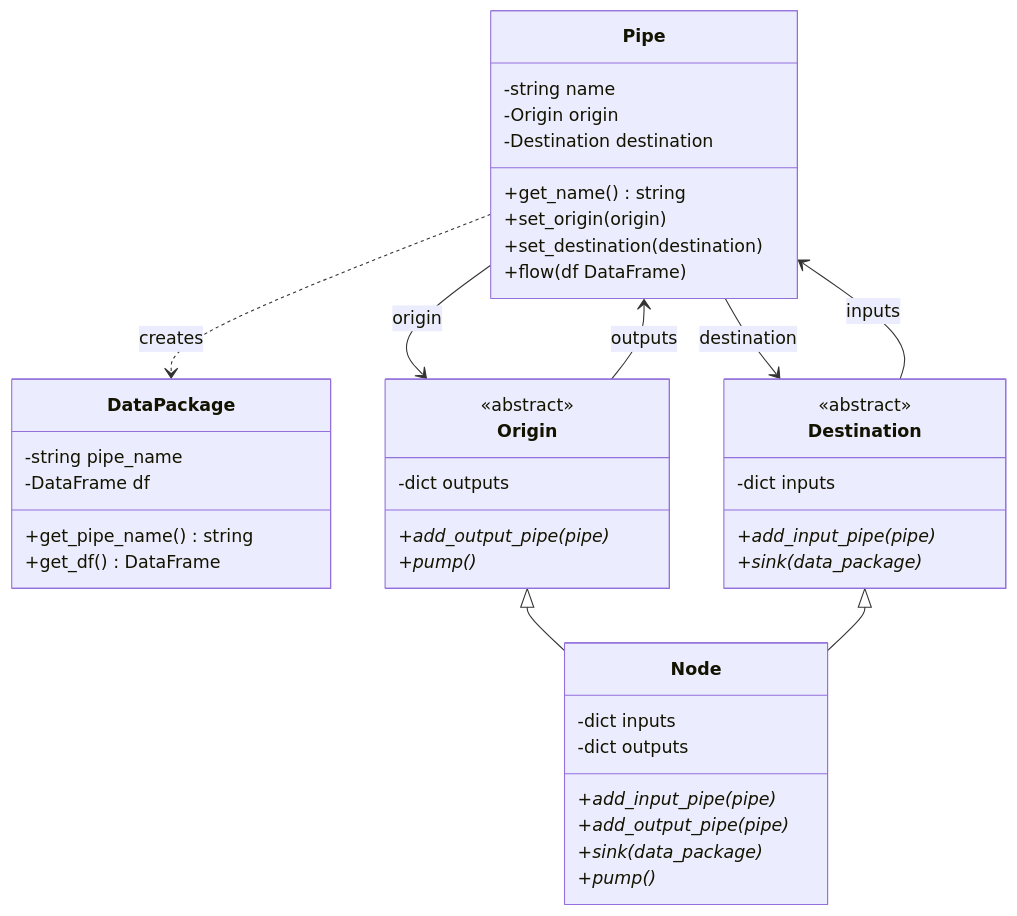
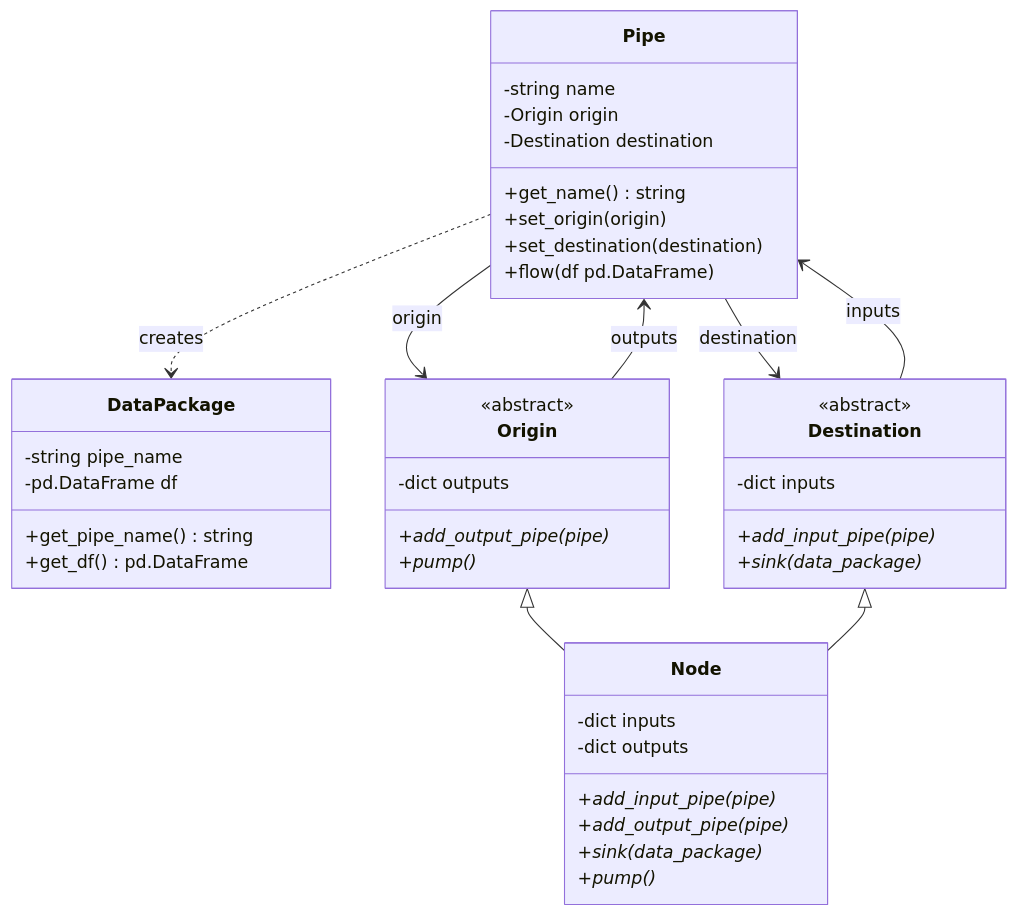
The first of 8 diagrams in README.md (bernardo-colorado-dubois/open-stage), drawn with Mermaid before and after one commit.

Commit message:
actualizando readme

````diff
--- a/README.md
+++ b/README.md
@@ -125,52 +125,52 @@
 ```mermaid
 classDiagram
     class DataPackage {
         -string pipe_name
-        -DataFrame df
+        -pd.DataFrame df
         +get_pipe_name() string
-        +get_df() DataFrame
+        +get_df() pd.DataFrame
     }
     
     class Pipe {
         -string name
         -Origin origin
         -Destination destination
         +get_name() string
         +set_origin(origin)
         +set_destination(destination)
-        +flow(df DataFrame)
+        +flow(df pd.DataFrame)
     }
     
     class Origin {
         <<abstract>>
         -dict outputs
         +add_output_pipe(pipe)*
         +pump()*
     }
     
     class Destination {
         <<abstract>>
         -dict inputs
         +add_input_pipe(pipe)*
         +sink(data_package)*
     }
     
     class Node {
         -dict inputs
         -dict outputs
         +add_input_pipe(pipe)*
         +add_output_pipe(pipe)*
         +sink(data_package)*
         +pump()*
     }
     
     Origin <|-- Node
     Destination <|-- Node
     
     Pipe --> Origin : origin
     Pipe --> Destination : destination
     Pipe ..> DataPackage : creates
     
     Origin --> Pipe : outputs
     Destination --> Pipe : inputs
 ```
````
